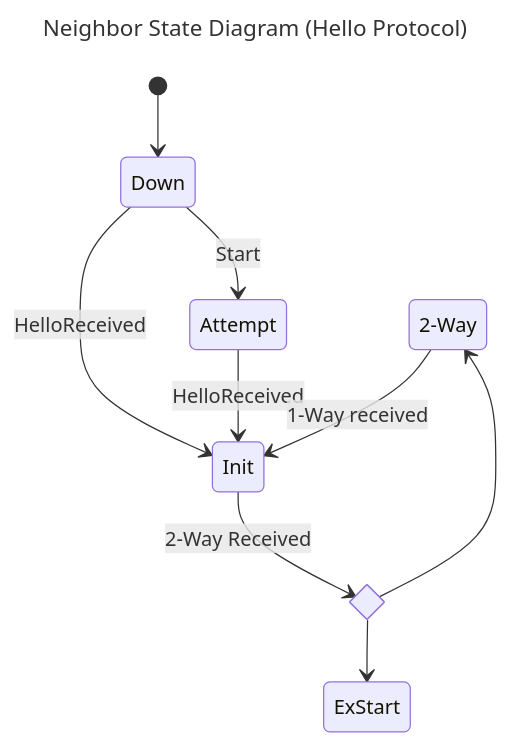
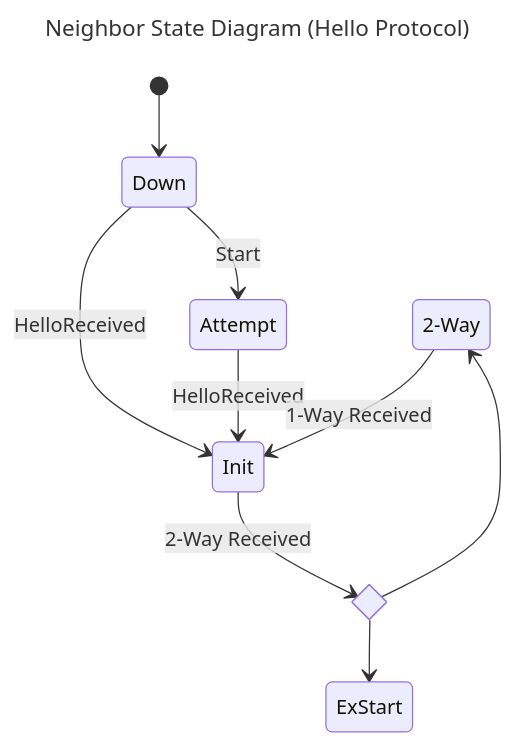
Before and after one commit to aniemela-cloud/uh-ds-g9-project: the second of 3 diagrams in Documentation/Graphs/StateDiagrams.md, drawn with Mermaid. The commit also changed other lines of this file, not shown here.

First line of the commit message:
Update StateDiagrams.md with Neighbor State Events

````diff
--- a/Documentation/Graphs/StateDiagrams.md
+++ b/Documentation/Graphs/StateDiagrams.md
@@ -238,16 +238,16 @@
 ```mermaid
 ---
 title: Neighbor State Diagram (Hello Protocol)
 ---
 stateDiagram-v2
     state "2-Way" as 2Way
     state select <<choice>>
     [*] --> Down
     Down --> Attempt : Start
     Down --> Init : HelloReceived
     Attempt --> Init: HelloReceived
     Init --> select : 2-Way Received
     select --> ExStart
     select --> 2Way
-    2Way --> Init : 1-Way received
+    2Way --> Init : 1-Way Received
 ```
````
